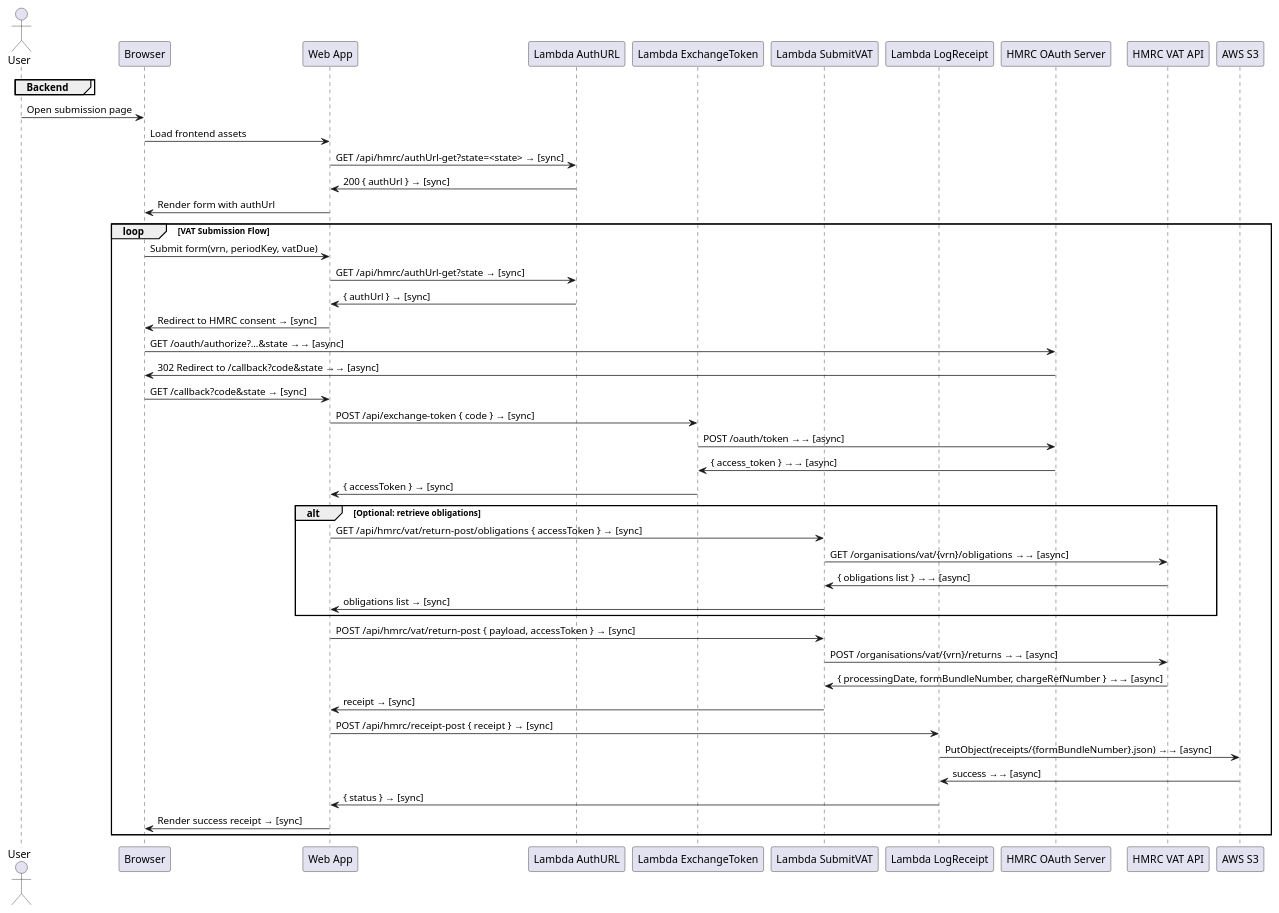
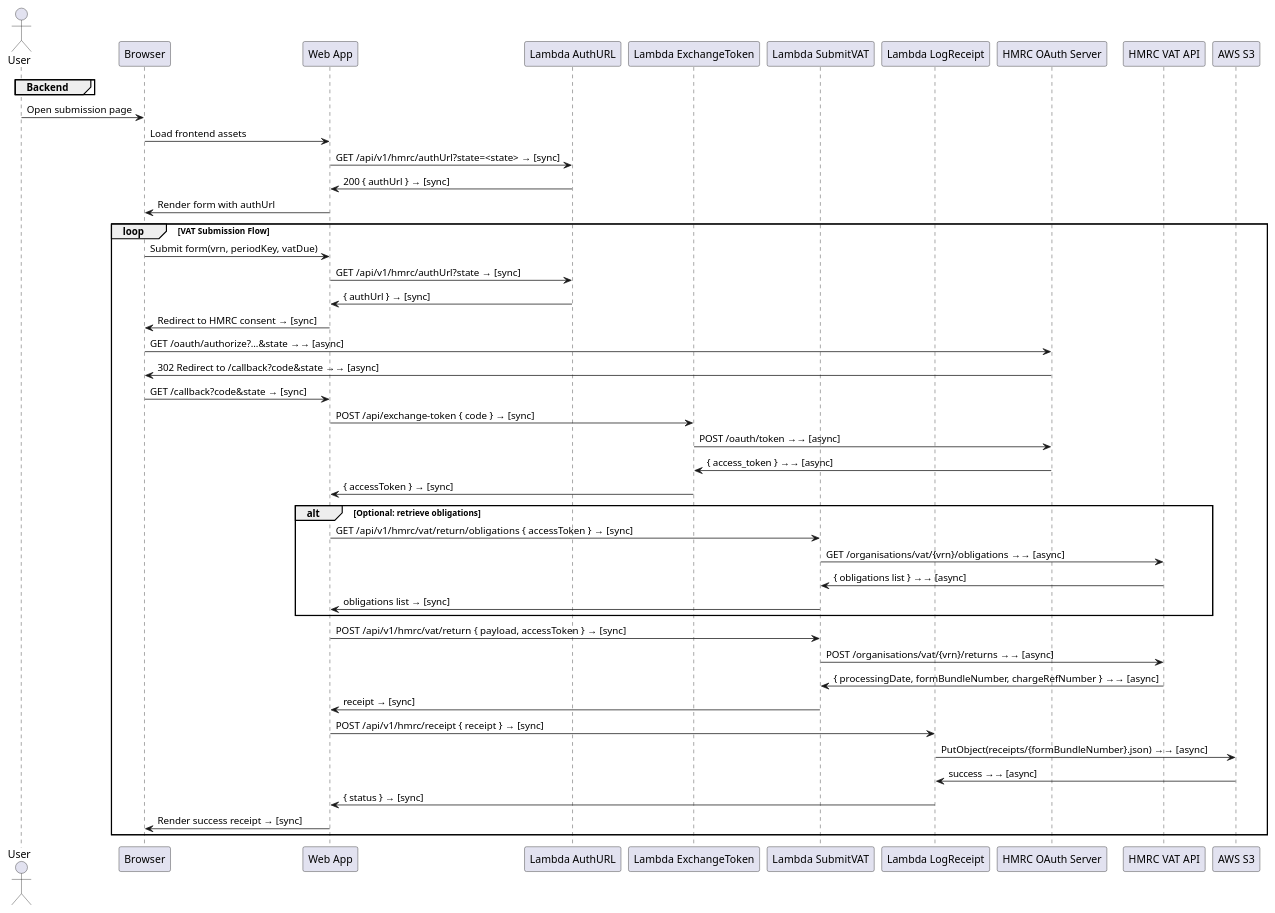
Before and after one commit to antonycc/submit.diyaccounting.co.uk: the diagram in _developers/SEQUENCE.plantuml, drawn with PlantUML. The commit also changed 57 other files, not shown here.

```diff
--- a/_developers/SEQUENCE.plantuml
+++ b/_developers/SEQUENCE.plantuml
@@ -1,54 +1,54 @@
 @startuml
 actor User
 participant Browser
 participant "Web App" as App
 group Backend
   participant "Lambda AuthURL" as AuthUrl
   participant "Lambda ExchangeToken" as ExchangeToken
   participant "Lambda SubmitVAT" as SubmitVat
   participant "Lambda LogReceipt" as LogReceipt
 end
 participant "HMRC OAuth Server" as HMRCAuth
 participant "HMRC VAT API" as HMRCApi
 participant "AWS S3" as S3
 
 User -> Browser: Open submission page
 Browser -> App: Load frontend assets
-App -> AuthUrl: GET /api/hmrc/authUrl-get?state=<state> → [sync]
+App -> AuthUrl: GET /api/v1/hmrc/authUrl?state=<state> → [sync]
 AuthUrl -> App: 200 { authUrl } → [sync]
 App -> Browser: Render form with authUrl
 
 loop VAT Submission Flow
   Browser -> App: Submit form(vrn, periodKey, vatDue)
-  App -> AuthUrl: GET /api/hmrc/authUrl-get?state → [sync]
+  App -> AuthUrl: GET /api/v1/hmrc/authUrl?state → [sync]
   AuthUrl -> App: { authUrl } → [sync]
   App -> Browser: Redirect to HMRC consent → [sync]
   Browser -> HMRCAuth: GET /oauth/authorize?...&state →→ [async]
   HMRCAuth -> Browser: 302 Redirect to /callback?code&state →→ [async]
   Browser -> App: GET /callback?code&state → [sync]
 
   App -> ExchangeToken: POST /api/exchange-token { code } → [sync]
   ExchangeToken -> HMRCAuth: POST /oauth/token →→ [async]
   HMRCAuth -> ExchangeToken: { access_token } →→ [async]
   ExchangeToken -> App: { accessToken } → [sync]
 
   alt Optional: retrieve obligations
-    App -> SubmitVat: GET /api/hmrc/vat/return-post/obligations { accessToken } → [sync]
+    App -> SubmitVat: GET /api/v1/hmrc/vat/return/obligations { accessToken } → [sync]
     SubmitVat -> HMRCApi: GET /organisations/vat/{vrn}/obligations →→ [async]
     HMRCApi -> SubmitVat: { obligations list } →→ [async]
     SubmitVat -> App: obligations list → [sync]
   end
 
-  App -> SubmitVat: POST /api/hmrc/vat/return-post { payload, accessToken } → [sync]
+  App -> SubmitVat: POST /api/v1/hmrc/vat/return { payload, accessToken } → [sync]
   SubmitVat -> HMRCApi: POST /organisations/vat/{vrn}/returns →→ [async]
   HMRCApi -> SubmitVat: { processingDate, formBundleNumber, chargeRefNumber } →→ [async]
   SubmitVat -> App: receipt → [sync]
 
-  App -> LogReceipt: POST /api/hmrc/receipt-post { receipt } → [sync]
+  App -> LogReceipt: POST /api/v1/hmrc/receipt { receipt } → [sync]
   LogReceipt -> S3: PutObject(receipts/{formBundleNumber}.json) →→ [async]
   S3 -> LogReceipt: success →→ [async]
   LogReceipt -> App: { status } → [sync]
 
   App -> Browser: Render success receipt → [sync]
 end
 @enduml
```
